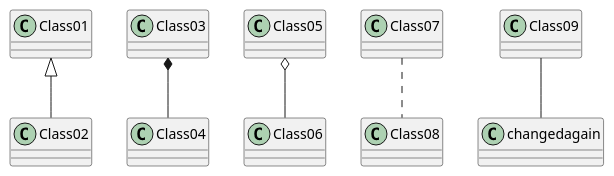
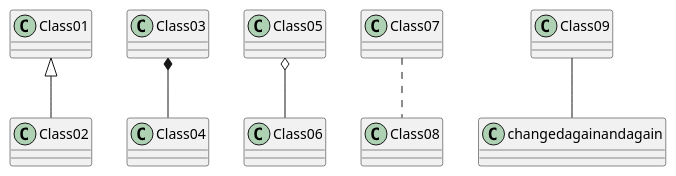
The diagram in meilenstein_03/test.puml (weichware10/meilensteine), drawn with PlantUML before and after one commit. The commit also changed 1 other file, not shown here.

```diff
--- a/meilenstein_03/test.puml
+++ b/meilenstein_03/test.puml
@@ -1,7 +1,7 @@
 @startuml test
 Class01 <|-- Class02
 Class03 *-- Class04
 Class05 o-- Class06
 Class07 .. Class08
-Class09 -- changedagain
+Class09 -- changedagainandagain
 @enduml
```
